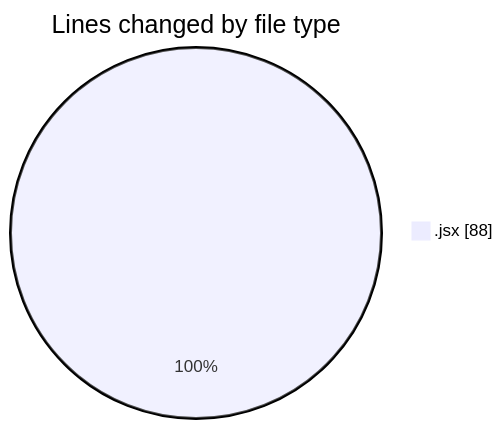
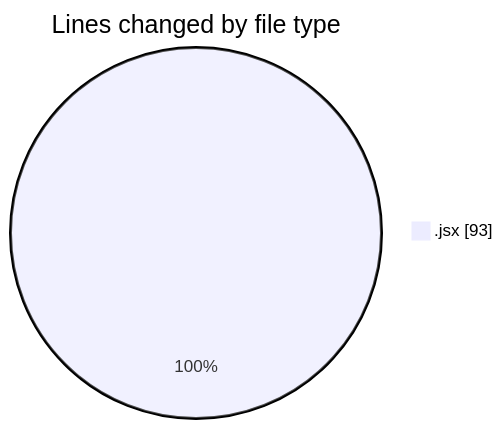
The first of 2 diagrams in 2025-03-08/elitesgpt/README.md (Elitesun/code-tracking), drawn with Mermaid before and after one commit. The commit also changed other lines of this file and 1 other file, not shown here.

````diff
--- a/2025-03-08/elitesgpt/README.md
+++ b/2025-03-08/elitesgpt/README.md
@@ -20,5 +20,5 @@
 ```mermaid
 pie showData
 title Lines changed by file type
-".jsx" : 88
+".jsx" : 93
 ```
````
